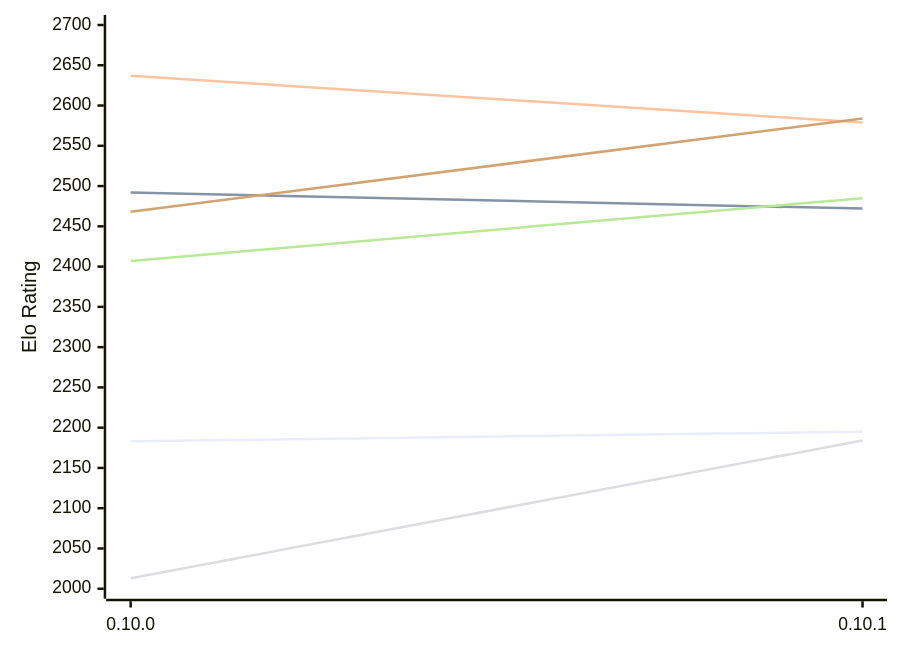
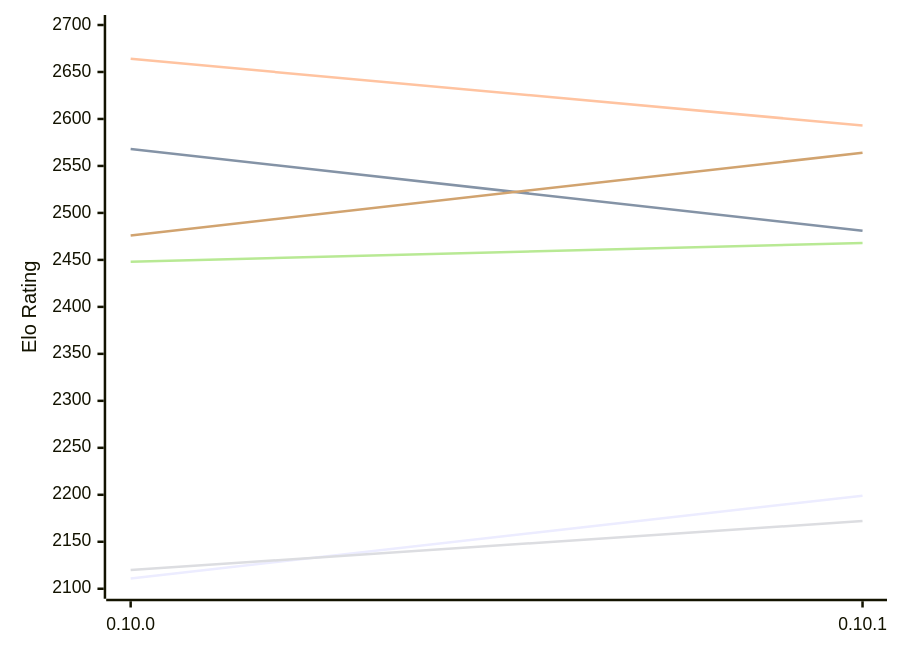
Before and after one commit to computer-chess-index/cci: the first of 2 diagrams in engines/Fatalii.md, drawn with Mermaid. The commit also changed other lines of this file, not shown here.

Commit message:
Update CCI Ratings (ELO VLTC) - 2026-11-14

````diff
--- a/engines/Fatalii.md
+++ b/engines/Fatalii.md
@@ -50,12 +50,12 @@
 ```mermaid
 %%{init: {"theme":"base","themeVariables":{"seriesColors:['#a3a3a3','#222221','#faa371']}}}%%
 xychart-beta
   x-axis ["0.10.0", "0.10.1"]
-  y-axis "Elo Rating" 2000 --> 2700
-  line "E1: STC (8.0+0.08s)" [2183, 2195]
-  line "E1: LTC (60.0+0.60s)" [2492, 2472]
-  line "E1: VLTC (2m24s+1.12s)" [2637, 2579]
-  line "P1: STC (8.0+0.08s)" [2013, 2184]
-  line "P1: LTC (60.0+0.60s)" [2407, 2485]
-  line "P1: VLTC (2m24s+1.12s)" [2468, 2584]
+  y-axis "Elo Rating" 2100 --> 2700
+  line "E1: STC (8.0+0.08s)" [2111, 2199]
+  line "E1: LTC (60.0+0.60s)" [2568, 2481]
+  line "E1: VLTC (2m24s+1.12s)" [2664, 2593]
+  line "P1: STC (8.0+0.08s)" [2120, 2172]
+  line "P1: LTC (60.0+0.60s)" [2448, 2468]
+  line "P1: VLTC (2m24s+1.12s)" [2476, 2564]
 ```
````
